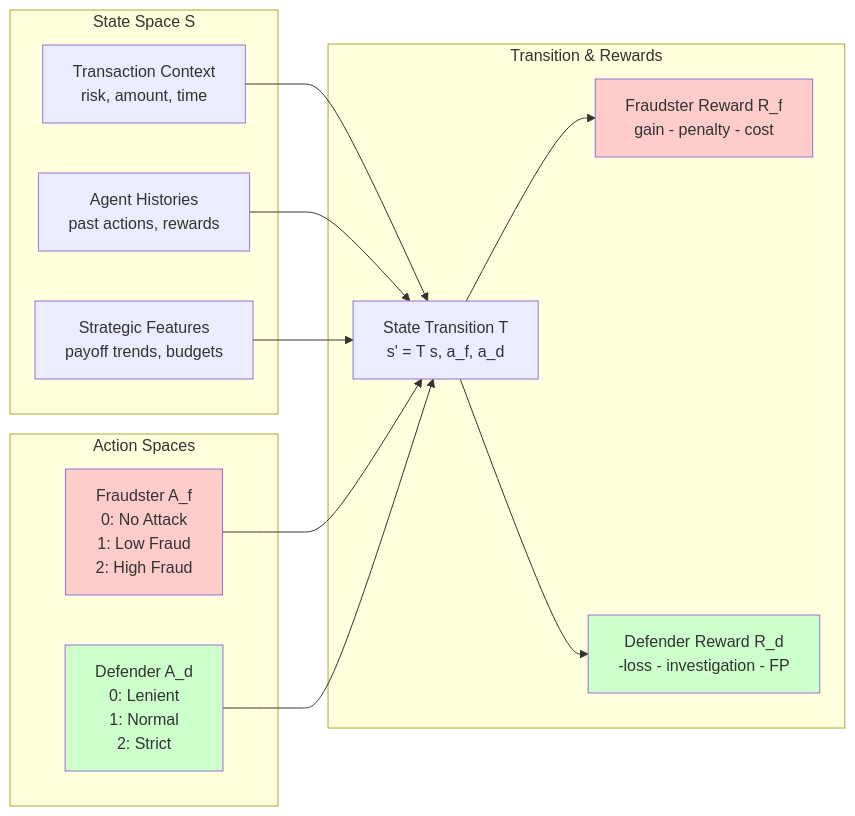
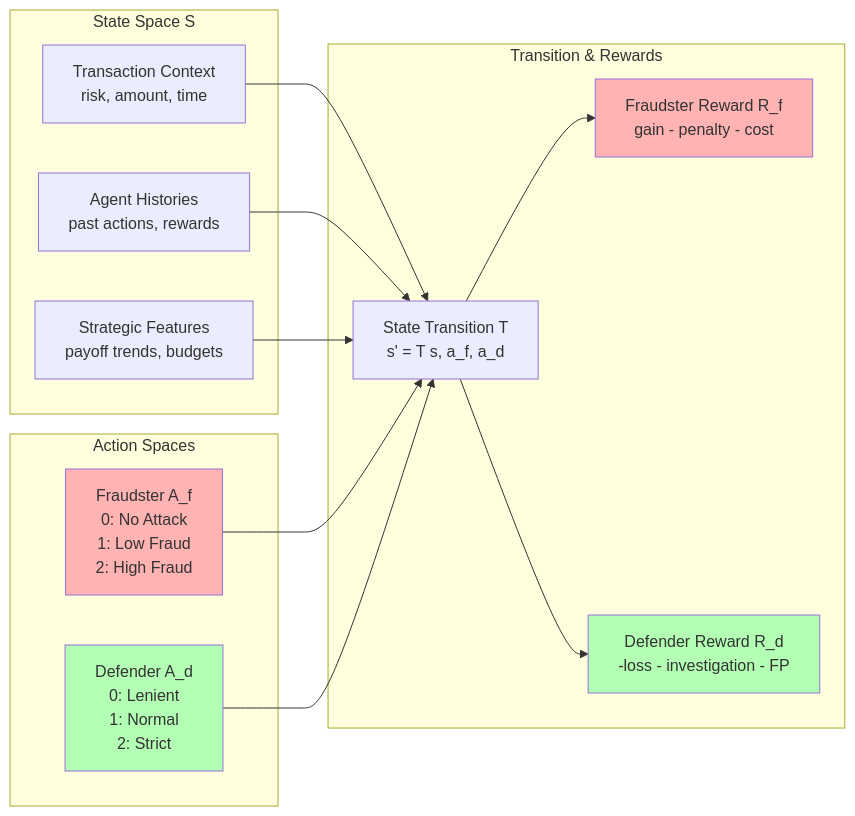
Before and after one commit to HelloCol2/markov-fraud-antigravity: the third of 14 diagrams in README.md, drawn with Mermaid. The commit also changed other lines of this file, not shown here.

````diff
--- a/README.md
+++ b/README.md
@@ -133,32 +134,32 @@
 ```mermaid
 graph LR
     subgraph "State Space S"
         S1[Transaction Context<br/>risk, amount, time]
         S2[Agent Histories<br/>past actions, rewards]
         S3[Strategic Features<br/>payoff trends, budgets]
     end
     
     subgraph "Action Spaces"
         AF[Fraudster A_f<br/>0: No Attack<br/>1: Low Fraud<br/>2: High Fraud]
         AD[Defender A_d<br/>0: Lenient<br/>1: Normal<br/>2: Strict]
     end
     
     subgraph "Transition & Rewards"
         T[State Transition T<br/>s' = T s, a_f, a_d]
         RF[Fraudster Reward R_f<br/>gain - penalty - cost]
         RD[Defender Reward R_d<br/>-loss - investigation - FP]
     end
     
     S1 --> T
     S2 --> T
     S3 --> T
     AF --> T
     AD --> T
     T --> RF
     T --> RD
     
-    style AF fill:#ffcccc
-    style AD fill:#ccffcc
-    style RF fill:#ffcccc
-    style RD fill:#ccffcc
+    style AF fill:#ffb3b3
+    style AD fill:#b3ffb3
+    style RF fill:#ffb3b3
+    style RD fill:#b3ffb3
 ```
````
